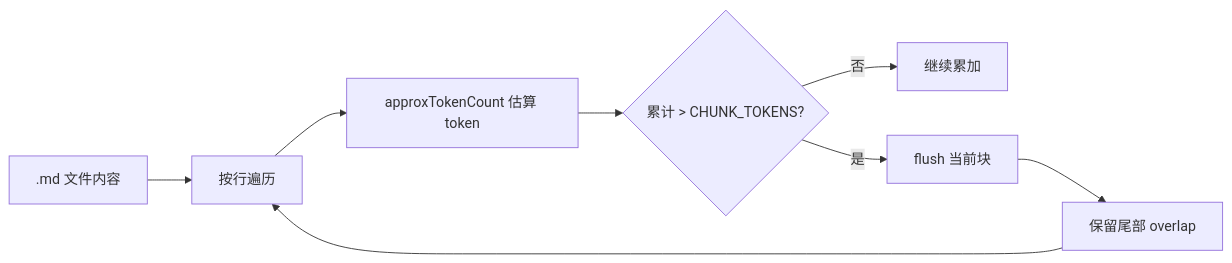
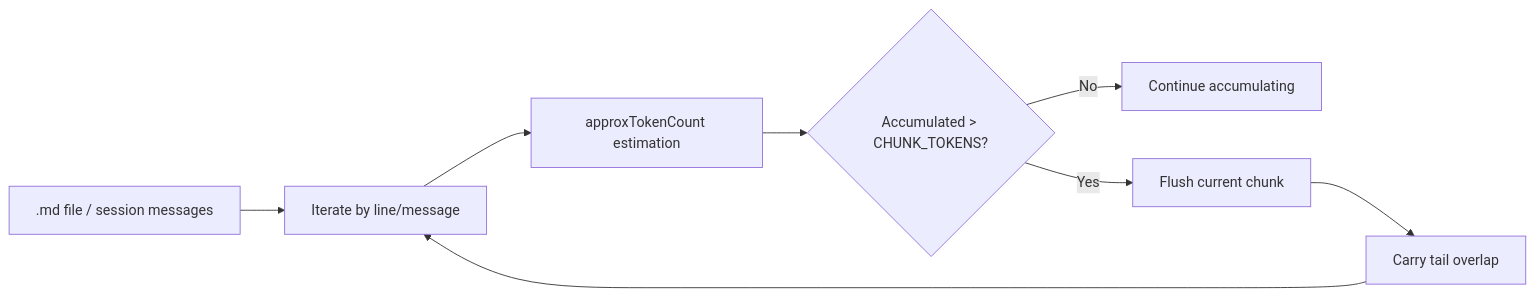
Before and after one commit to lchaoer/claudecode-oepnclaw-mem: the eighth of 11 diagrams in ARCHITECTURE.md, drawn with Mermaid. The commit also changed other lines of this file and 2 other files, not shown here.

````diff
--- a/ARCHITECTURE.md
+++ b/ARCHITECTURE.md
@@ -236,10 +304,10 @@
 ```mermaid
 flowchart LR
-    A[".md 文件内容"] --> B["按行遍历"]
-    B --> C["approxTokenCount 估算 token"]
-    C --> D{累计 > CHUNK_TOKENS?}
-    D -->|否| E["继续累加"]
-    D -->|是| F["flush 当前块"]
-    F --> G["保留尾部 overlap"]
+    A[".md file / session messages"] --> B["Iterate by line/message"]
+    B --> C["approxTokenCount estimation"]
+    C --> D{Accumulated > CHUNK_TOKENS?}
+    D -->|No| E["Continue accumulating"]
+    D -->|Yes| F["Flush current chunk"]
+    F --> G["Carry tail overlap"]
     G --> B
 ```
````
